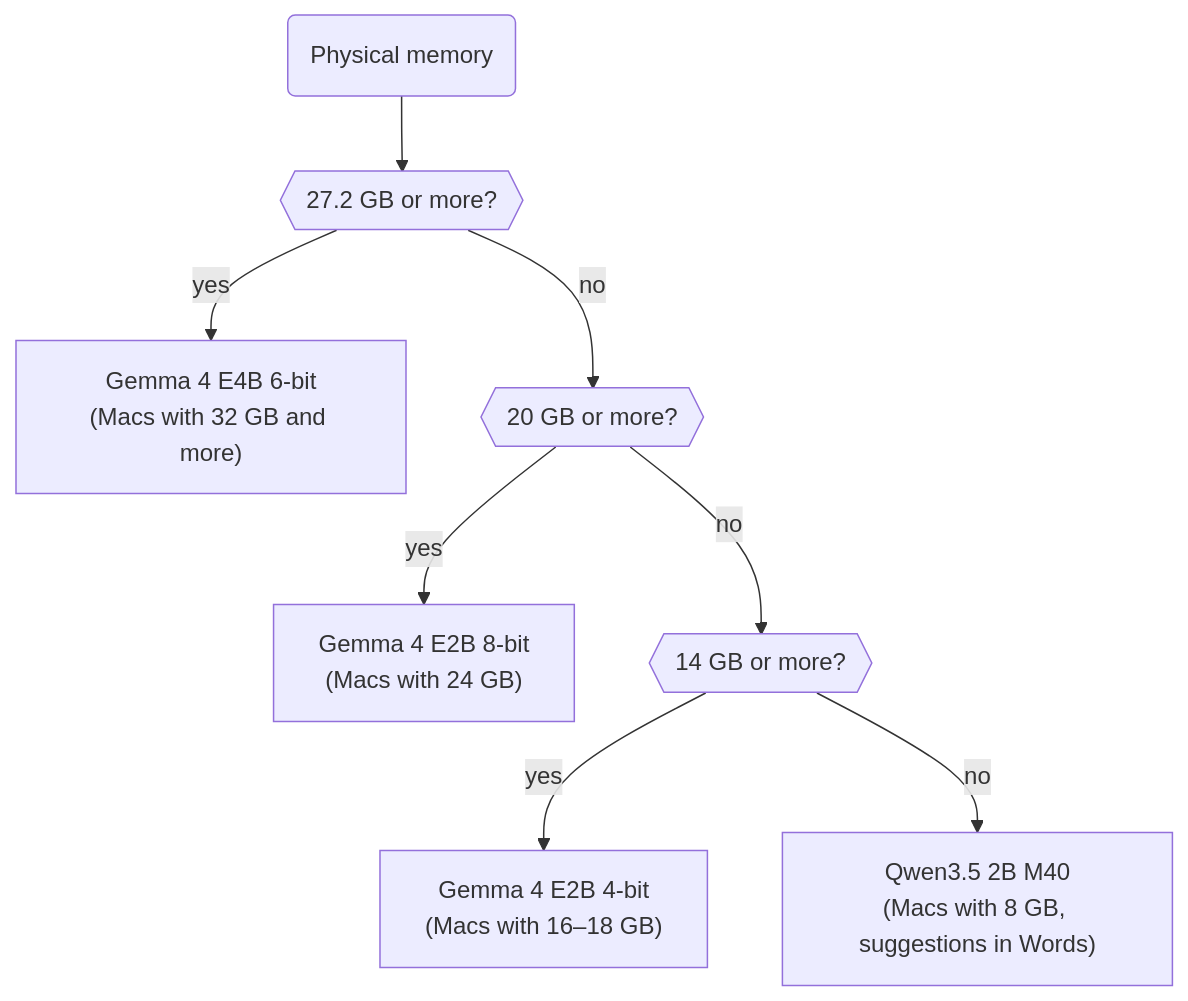
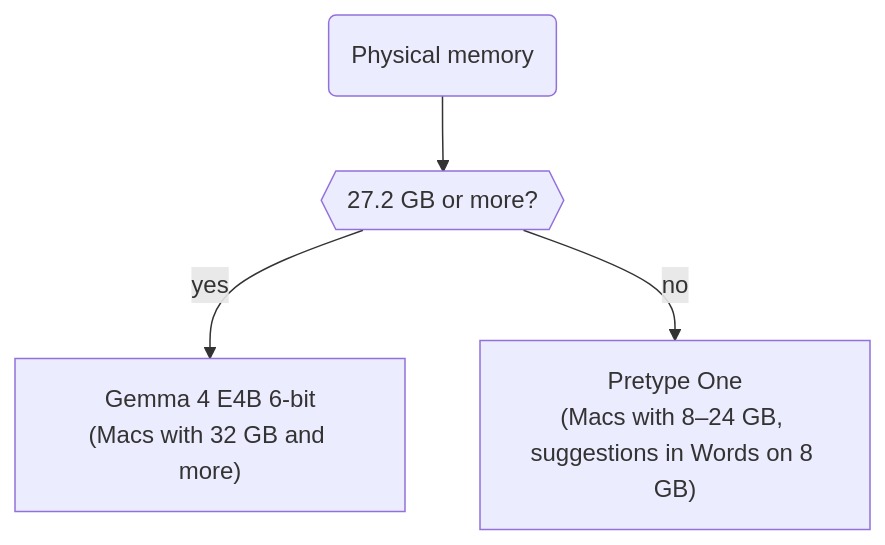
The diagram in docs/diagrams/arch-ram-ladder.mmd (nikiomori/Pretype), drawn with Mermaid before and after one commit. The commit also changed 6 other files, not shown here.

Commit message:
docs(models): the default below 32 GB is Pretype One

```diff
--- a/docs/diagrams/arch-ram-ladder.mmd
+++ b/docs/diagrams/arch-ram-ladder.mmd
@@ -1,9 +1,5 @@
 %% ModelCatalog.defaultID(forRamGB:): physical memory -> default model.
 flowchart TB
   ram("Physical memory") --> q1{{"27.2 GB or more?"}}
   q1 -- yes --> e4b6["Gemma 4 E4B 6-bit<br/>(Macs with 32 GB and more)"]
-  q1 -- no --> q2{{"20 GB or more?"}}
-  q2 -- yes --> e2b8["Gemma 4 E2B 8-bit<br/>(Macs with 24 GB)"]
-  q2 -- no --> q3{{"14 GB or more?"}}
-  q3 -- yes --> e2b4["Gemma 4 E2B 4-bit<br/>(Macs with 16–18 GB)"]
-  q3 -- no --> qwen["Qwen3.5 2B M40<br/>(Macs with 8 GB, suggestions in Words)"]
+  q1 -- no --> one["Pretype One<br/>(Macs with 8–24 GB, suggestions in Words on 8 GB)"]
```
